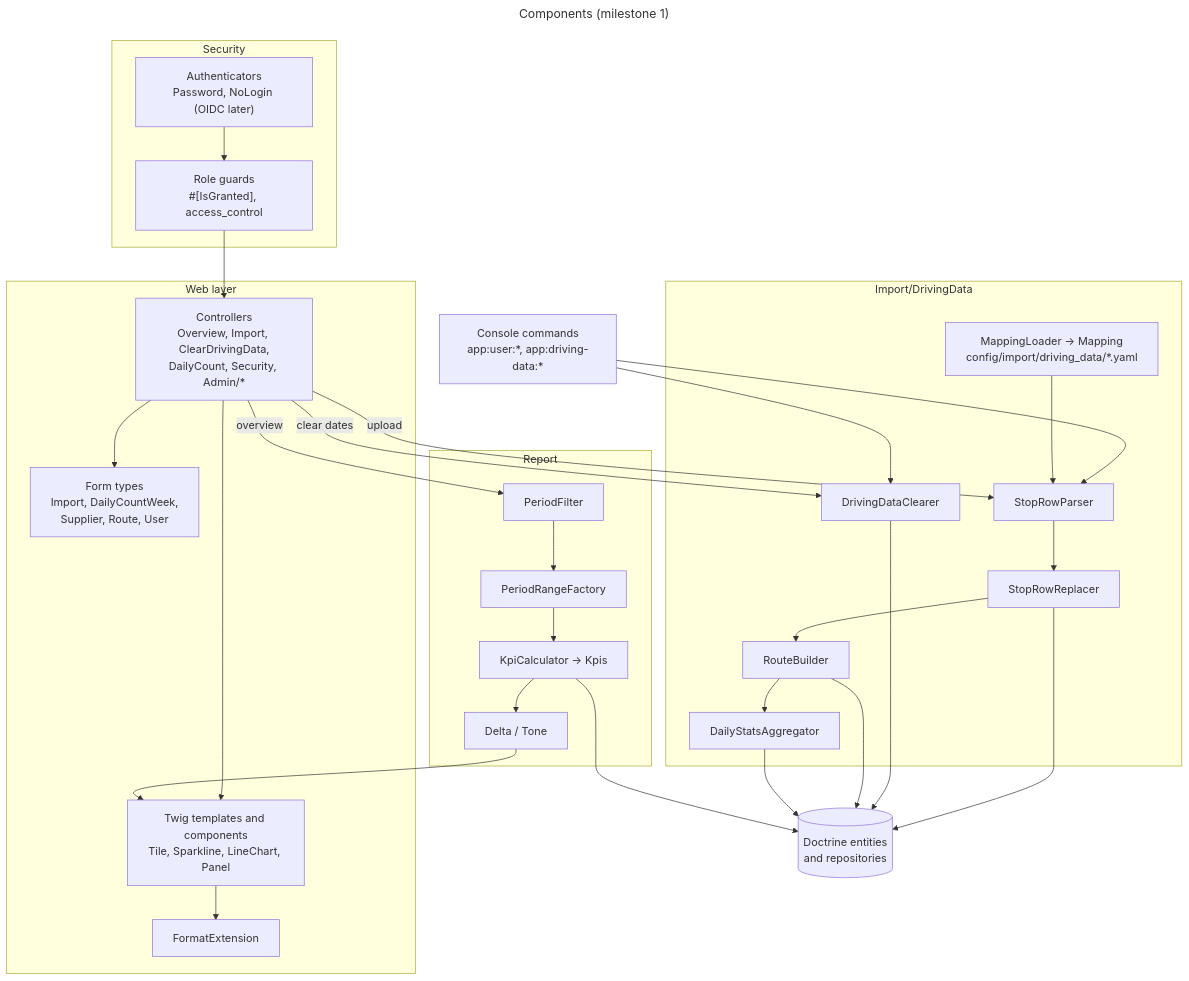
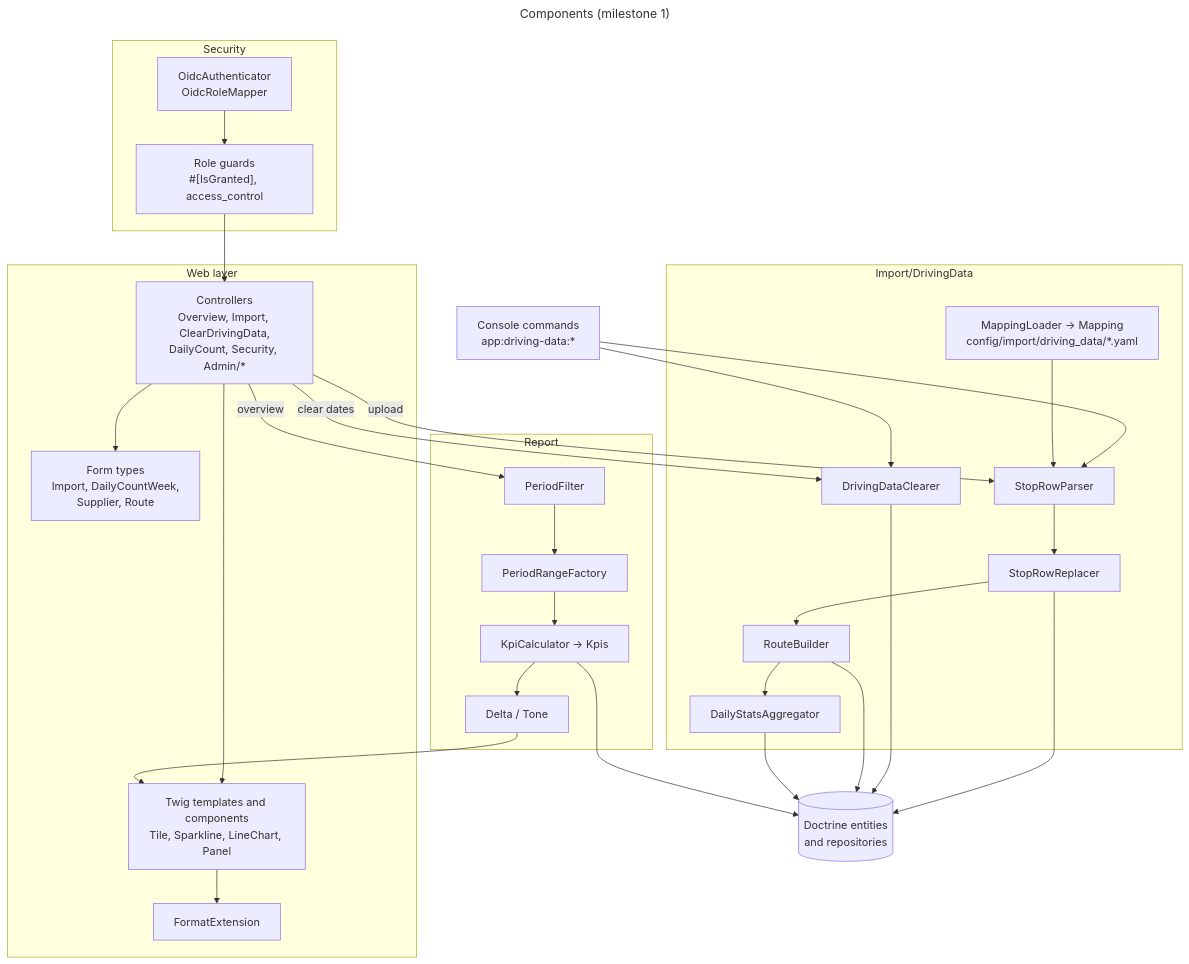
The diagram in docs/diagrams/components.mmd (itk-dev/koerselsoverblik), drawn with Mermaid before and after one commit. The commit also changed 21 other files, not shown here.

First line of the commit message:
docs: make OIDC the only login method

```diff
--- a/docs/diagrams/components.mmd
+++ b/docs/diagrams/components.mmd
@@ -1,55 +1,55 @@
 ---
 title: Components (milestone 1)
 ---
 flowchart TB
     subgraph web["Web layer"]
         controllers["Controllers<br/>Overview, Import, ClearDrivingData,<br/>DailyCount, Security, Admin/*"]
-        forms["Form types<br/>Import, DailyCountWeek,<br/>Supplier, Route, User"]
+        forms["Form types<br/>Import, DailyCountWeek,<br/>Supplier, Route"]
         twig["Twig templates and components<br/>Tile, Sparkline, LineChart, Panel"]
         format["FormatExtension"]
     end
 
     subgraph security["Security"]
-        authenticators["Authenticators<br/>Password, NoLogin (OIDC later)"]
+        authenticators["OidcAuthenticator<br/>OidcRoleMapper"]
         guards["Role guards<br/>#[IsGranted], access_control"]
     end
 
     subgraph import["Import/DrivingData"]
         mapping["MappingLoader → Mapping<br/>config/import/driving_data/*.yaml"]
         parser["StopRowParser"]
         replacer["StopRowReplacer"]
         builder["RouteBuilder"]
         aggregator["DailyStatsAggregator"]
         clearer["DrivingDataClearer"]
     end
 
     subgraph report["Report"]
         filter["PeriodFilter"]
         periods["PeriodRangeFactory"]
         kpi["KpiCalculator → Kpis"]
         delta["Delta / Tone"]
     end
 
-    commands["Console commands<br/>app:user:*, app:driving-data:*"]
+    commands["Console commands<br/>app:driving-data:*"]
     repositories[("Doctrine entities<br/>and repositories")]
 
     controllers --> forms
     controllers --> twig
     twig --> format
     guards --> controllers
     authenticators --> guards
 
     controllers -- "upload" --> parser
     commands --> parser
     mapping --> parser
     parser --> replacer --> builder --> aggregator
     replacer --> repositories
     controllers -- "clear dates" --> clearer
     commands --> clearer
     clearer --> repositories
     builder --> repositories
     aggregator --> repositories
 
     controllers -- "overview" --> filter --> periods --> kpi
     kpi --> repositories
     kpi --> delta --> twig
```
